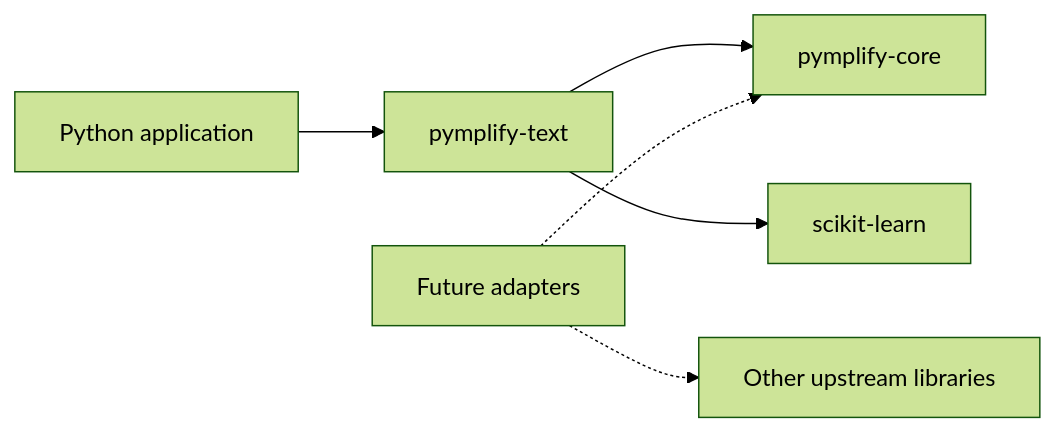
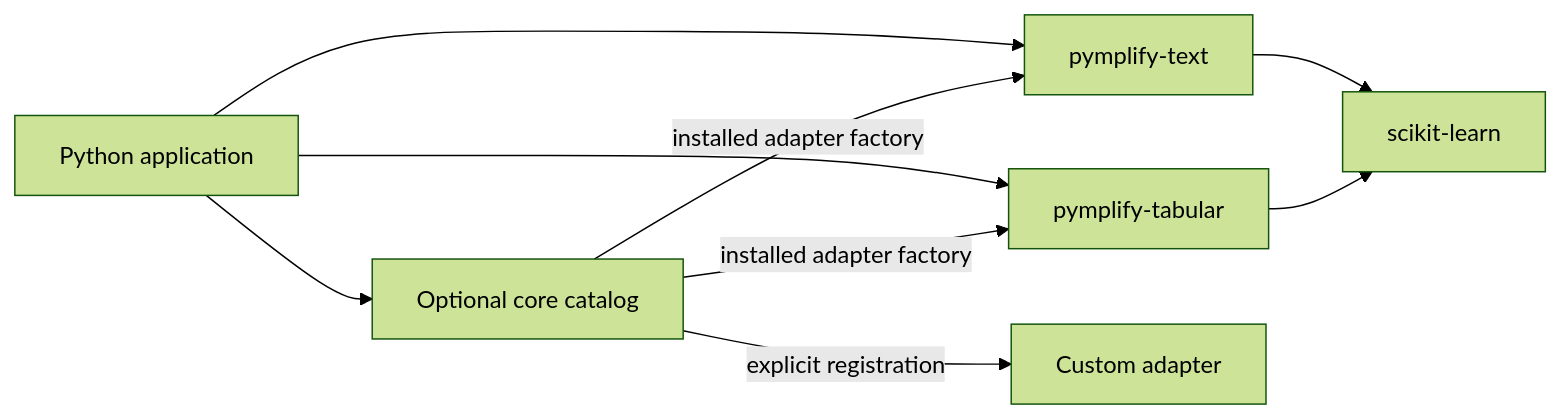
The diagram in docs/architecture.md (knbww/pymplify), drawn with Mermaid (forest theme) before and after one commit. The commit also changed other lines of this file and 36 other files, not shown here.

Commit message:
Add adapter discovery, operation catalog, and tabular scaling

````diff
--- a/docs/architecture.md
+++ b/docs/architecture.md
@@ -7,8 +7,11 @@
 ```mermaid
 flowchart LR
-    User[Python application] --> Text[pymplify-text]
-    Text --> Core[pymplify-core]
+    User[Python application] --> Catalog[Optional core catalog]
+    User --> Text[pymplify-text]
+    User --> Tabular[pymplify-tabular]
+    Catalog -->|installed adapter factory| Text
+    Catalog -->|installed adapter factory| Tabular
+    Catalog -->|explicit registration| Custom[Custom adapter]
     Text --> Sklearn[scikit-learn]
-    Future[Future adapters] -.-> Core
-    Future -.-> Upstream[Other upstream libraries]
+    Tabular --> Sklearn
 ```
````
